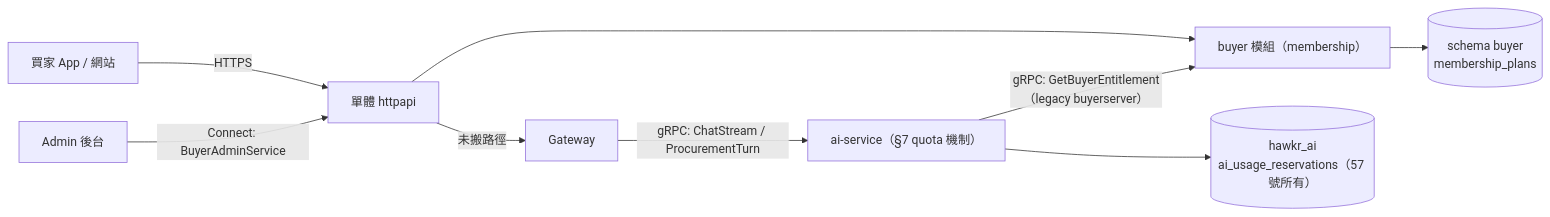
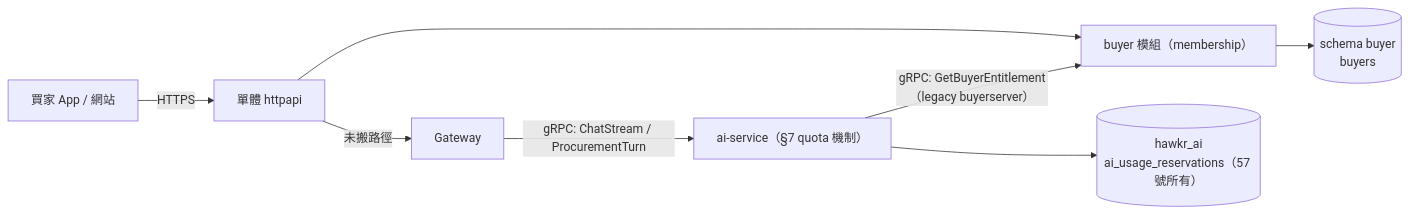
The first of 4 diagrams in backend/docs/詳細設計書/59-買家會員分級與 Agent 額度方案（Buyer Membership & Entitlement）詳細設計書.md (Will413028/hawkr), drawn with Mermaid before and after one commit. The commit also changed other lines of this file and 31 other files, not shown here.

First line of the commit message:
refactor(buyer): drop the membership plan model and its admin surface

````diff
--- a/backend/docs/詳細設計書/59-買家會員分級與 Agent 額度方案（Buyer Membership & Entitlement）詳細設計書.md
+++ b/backend/docs/詳細設計書/59-買家會員分級與 Agent 額度方案（Buyer Membership & Entitlement）詳細設計書.md
@@ -51,11 +50,10 @@
 ```mermaid
 flowchart LR
   App["買家 App / 網站"] -->|HTTPS| MONO["單體 httpapi"]
-  Admin["Admin 後台"] -->|"Connect: BuyerAdminService"| MONO
   MONO --> BS["buyer 模組（membership）"]
   MONO -->|"未搬路徑"| GW[Gateway]
   GW -->|"gRPC: ChatStream / ProcurementTurn"| AI["ai-service（§7 quota 機制）"]
   AI -->|"gRPC: GetBuyerEntitlement（legacy buyerserver）"| BS
-  BS --> BSDB[("schema buyer<br/>membership_plans")]
+  BS --> BSDB[("schema buyer<br/>buyers")]
   AI --> AIDB[("hawkr_ai<br/>ai_usage_reservations（57 號所有）")]
 ```
````
